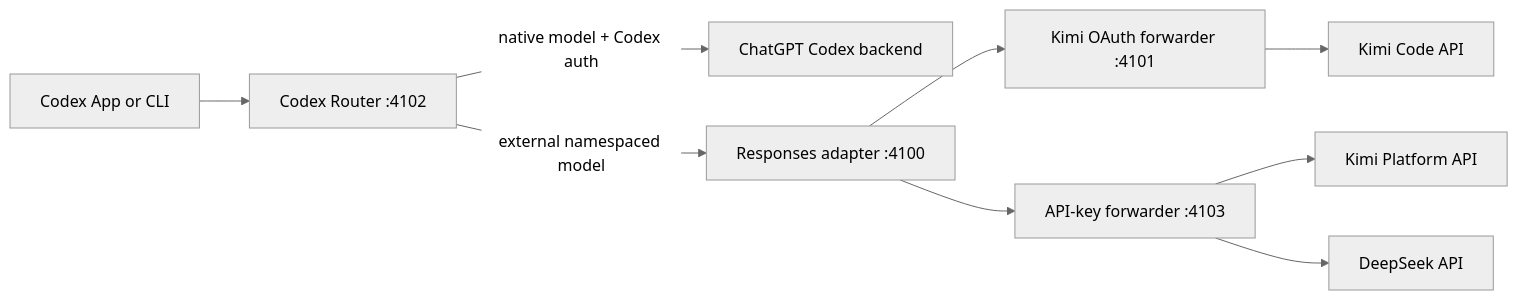
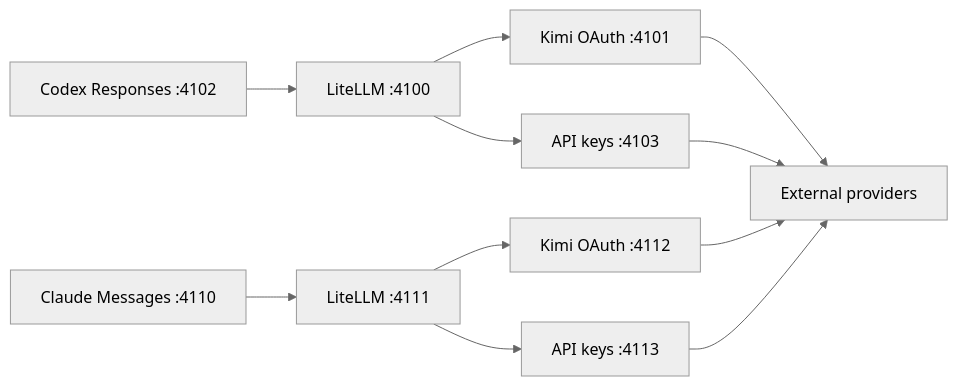
Before and after one commit to duolahypercho/codex-router: the diagram in README.md, drawn with Mermaid (neutral theme). The commit also changed other lines of this file and 57 other files, not shown here.

````diff
--- a/README.md
+++ b/README.md
@@ -184,11 +215,13 @@
 ```mermaid
 flowchart LR
-  C["Codex App or CLI"] --> R["Codex Router :4102"]
-  R -->|"native model + Codex auth"| O["ChatGPT Codex backend"]
-  R -->|"external namespaced model"| L["Responses adapter :4100"]
-  L --> KO["Kimi OAuth forwarder :4101"]
-  L --> A["API-key forwarder :4103"]
-  KO --> KC["Kimi Code API"]
-  A --> KA["Kimi Platform API"]
-  A --> D["DeepSeek API"]
+  C["Codex Responses :4102"] --> L1["LiteLLM :4100"]
+  H["Claude Messages :4110"] --> L2["LiteLLM :4111"]
+  L1 --> K1["Kimi OAuth :4101"]
+  L1 --> A1["API keys :4103"]
+  L2 --> K2["Kimi OAuth :4112"]
+  L2 --> A2["API keys :4113"]
+  K1 --> P["External providers"]
+  A1 --> P
+  K2 --> P
+  A2 --> P
 ```
````
